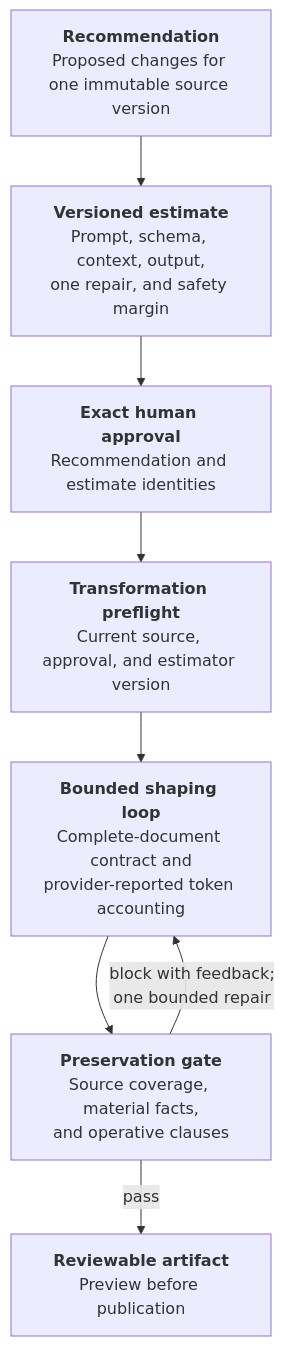
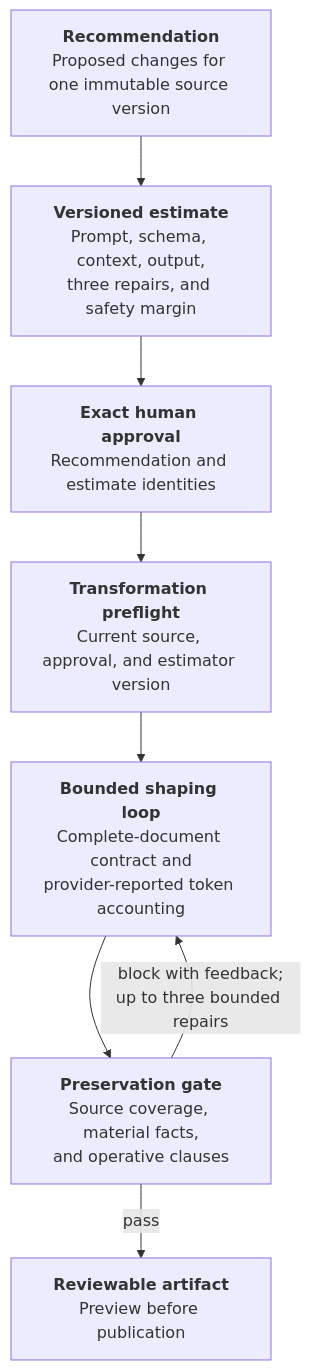
The seventh of 7 diagrams in docs/architecture.md (stjeffer/shaper), drawn with Mermaid before and after one commit. The commit also changed other lines of this file and 18 other files, not shown here.

````diff
--- a/docs/architecture.md
+++ b/docs/architecture.md
@@ -596,29 +596,29 @@
 ```mermaid
 flowchart TB
     recommendation["`**Recommendation**
 Proposed changes for one immutable source version`"]
     estimate["`**Versioned estimate**
 Prompt, schema, context, output,
-one repair, and safety margin`"]
+three repairs, and safety margin`"]
     approval["`**Exact human approval**
 Recommendation and estimate identities`"]
     preflight["`**Transformation preflight**
 Current source, approval, and estimator version`"]
     shaping["`**Bounded shaping loop**
 Complete-document contract and
 provider-reported token accounting`"]
     preservation["`**Preservation gate**
 Source coverage, material facts,
 and operative clauses`"]
     artifact["`**Reviewable artifact**
 Preview before publication`"]
 
     recommendation --> estimate
     estimate --> approval
     approval --> preflight
     preflight --> shaping
     shaping --> preservation
     preservation -->|"`pass`"| artifact
     preservation -->|"`block with feedback;
-one bounded repair`"| shaping
+up to three bounded repairs`"| shaping
 ```
````
